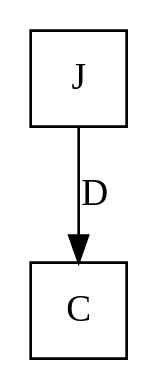
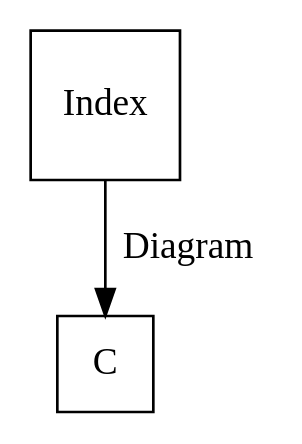
Before and after one commit to frankymacster/category-theory-graphviz: the diagram in diagram.md, drawn with Graphviz.

Commit message:
diagram: rename

````diff
--- a/diagram.md
+++ b/diagram.md
@@ -20,8 +20,8 @@
 ```graphviz
 digraph G {
-  "J" [shape="square"]
+  "Index" [shape="square"]
   "C" [shape="square"]
 
-  "J" -> "C" [label="D"]
+  "Index" -> "C" [label="Diagram"]
 }
 ```
````
